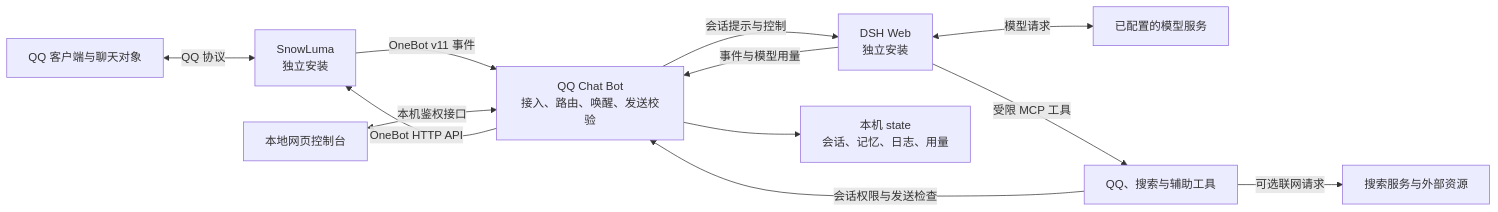
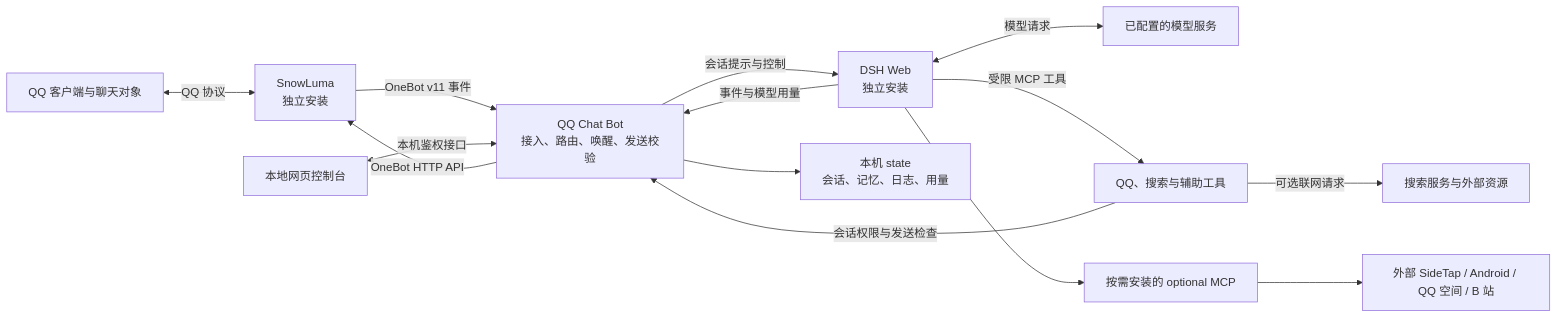
The diagram in docs/ARCHITECTURE.md (han088693-debug/qq-chat-bot), drawn with Mermaid before and after one commit. The commit also changed other lines of this file and 36 other files, not shown here.

Commit message:
Add optional iPhone, Android, Qzone and Bilibili adapters with Chinese tutorials

````diff
--- a/docs/ARCHITECTURE.md
+++ b/docs/ARCHITECTURE.md
@@ -9,14 +9,16 @@
 ```mermaid
 flowchart LR
     QQ["QQ 客户端与聊天对象"] <-->|QQ 协议| SL["SnowLuma<br/>独立安装"]
     SL -->|OneBot v11 事件| B["QQ Chat Bot<br/>接入、路由、唤醒、发送校验"]
     B -->|OneBot HTTP API| SL
     UI["本地网页控制台"] <-->|本机鉴权接口| B
     B -->|会话提示与控制| D["DSH Web<br/>独立安装"]
     D -->|事件与模型用量| B
     D <-->|模型请求| M["已配置的模型服务"]
     D -->|受限 MCP 工具| T["QQ、搜索与辅助工具"]
     T -->|会话权限与发送检查| B
     T -->|可选联网请求| W["搜索服务与外部资源"]
+    D --> O["按需安装的 optional MCP"]
+    O --> X["外部 SideTap / Android / QQ 空间 / B 站"]
     B --> S["本机 state<br/>会话、记忆、日志、用量"]
 ```
````
